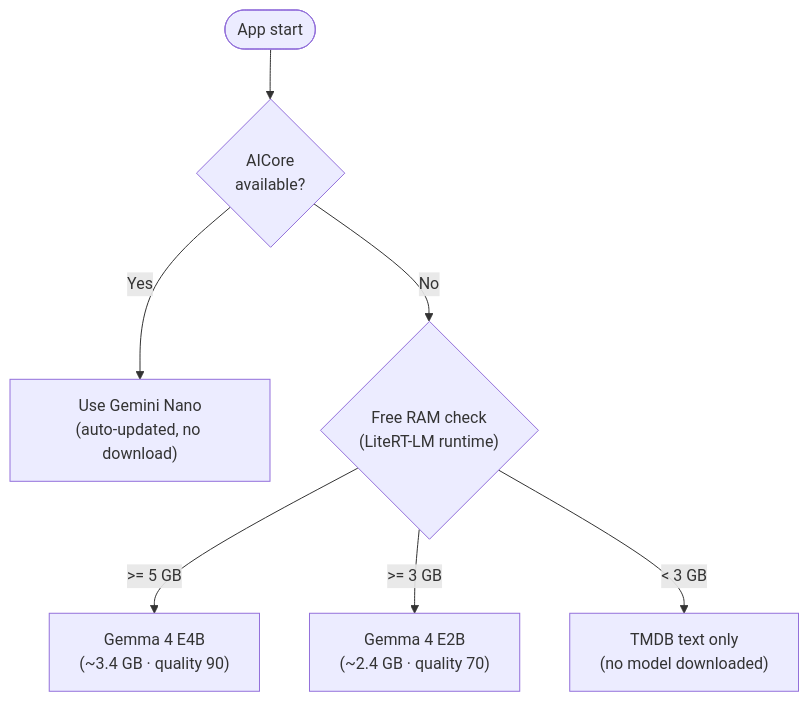
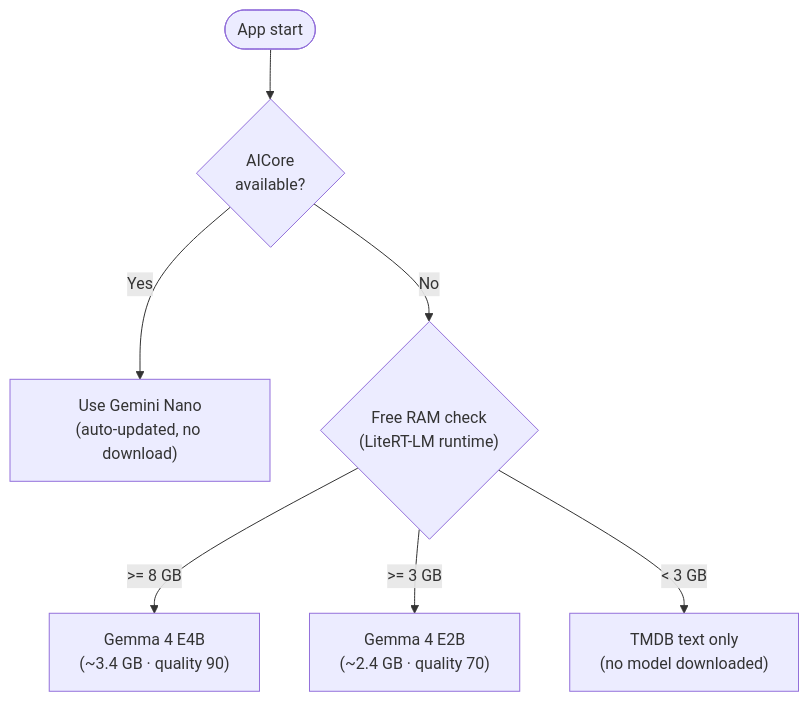
One commit to justb81/watchbuddy changed the fourth of 5 diagrams in docs/architecture.md. Above: the diagram before and after it, drawn with Mermaid.

Commit message:
docs(architecture): update E4B free-RAM threshold to 8 GB
Reflects the limit raised in 8bf90d8.

````diff
--- a/docs/architecture.md
+++ b/docs/architecture.md
@@ -132,9 +132,9 @@
 ```mermaid
 flowchart TD
     Start([App start]) --> AICore{"AICore\navailable?"}
     AICore -->|Yes| Gemini["Use Gemini Nano\n(auto-updated, no download)"]
     AICore -->|No| RAM{"Free RAM check\n(LiteRT-LM runtime)"}
-    RAM -->|">= 5 GB"| E4B["Gemma 4 E4B\n(~3.4 GB · quality 90)"]
+    RAM -->|">= 8 GB"| E4B["Gemma 4 E4B\n(~3.4 GB · quality 90)"]
     RAM -->|">= 3 GB"| E2B["Gemma 4 E2B\n(~2.4 GB · quality 70)"]
     RAM -->|"< 3 GB"| TextOnly["TMDB text only\n(no model downloaded)"]
 ```
````
